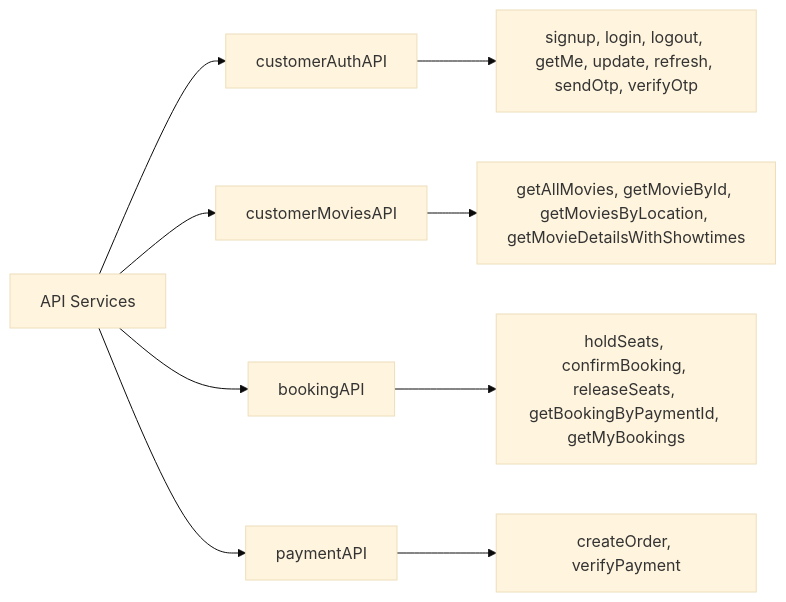
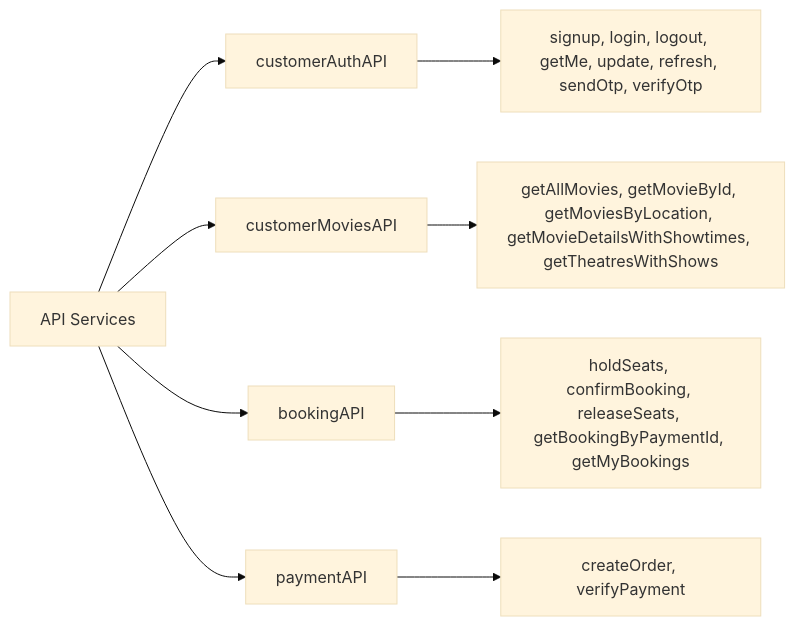
Diagram 13 of 17 in users.md (hduraimurugan/cinema-app-docs), drawn with Mermaid (base theme) before and after one commit. The commit also changed other lines of this file and 2 other files, not shown here.

Commit message:
updated docs aafter theatres

````diff
--- a/users.md
+++ b/users.md
@@ -540,12 +568,12 @@
 ```mermaid
 graph LR
     A[API Services] --> B[customerAuthAPI]
     A --> C[customerMoviesAPI]
     A --> D[bookingAPI]
     A --> E[paymentAPI]
 
     B --> F[signup, login, logout, getMe, update, refresh, sendOtp, verifyOtp]
-    C --> G[getAllMovies, getMovieById, getMoviesByLocation, getMovieDetailsWithShowtimes]
+    C --> G[getAllMovies, getMovieById, getMoviesByLocation, getMovieDetailsWithShowtimes, getTheatresWithShows]
     D --> H[holdSeats, confirmBooking, releaseSeats, getBookingByPaymentId, getMyBookings]
     E --> I[createOrder, verifyPayment]
 ```
````
